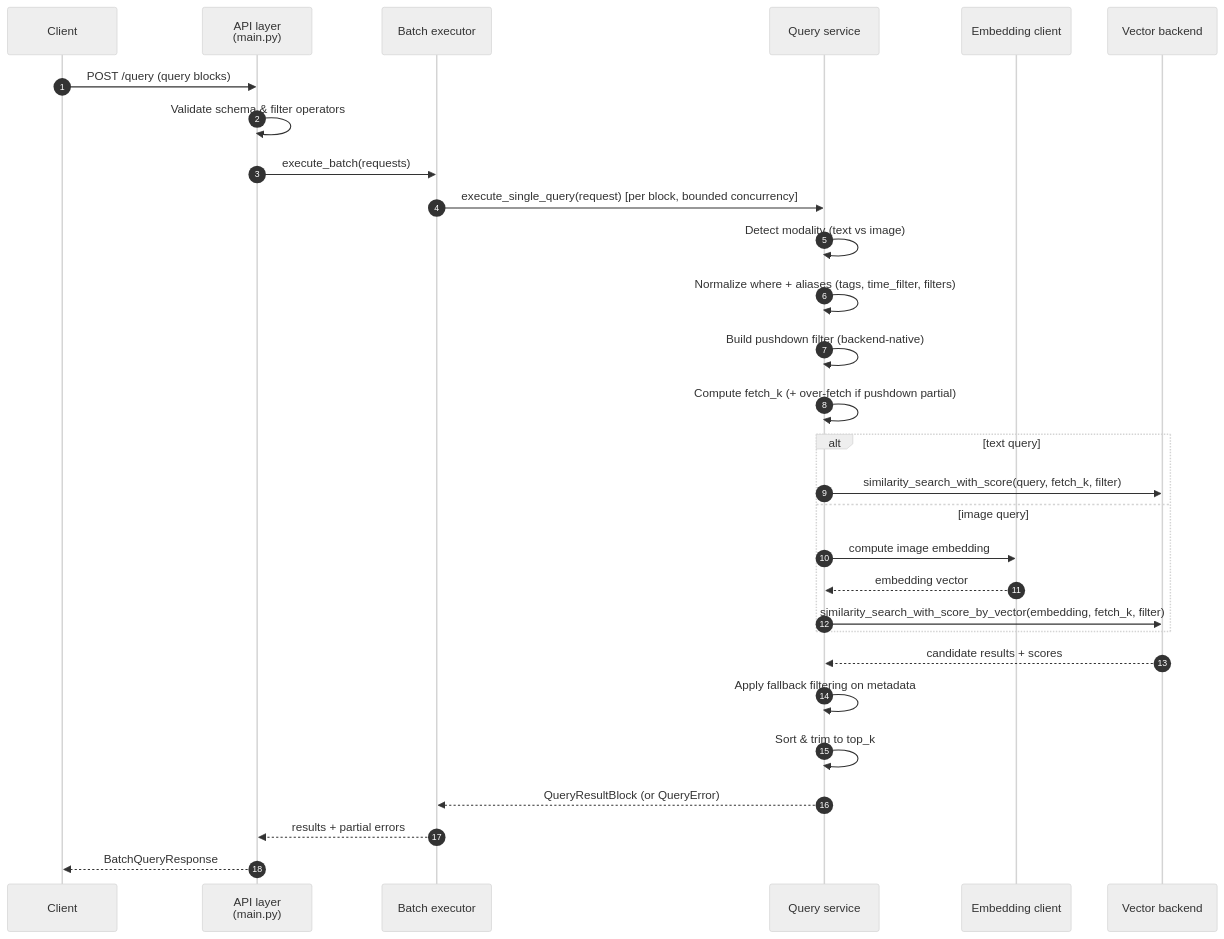
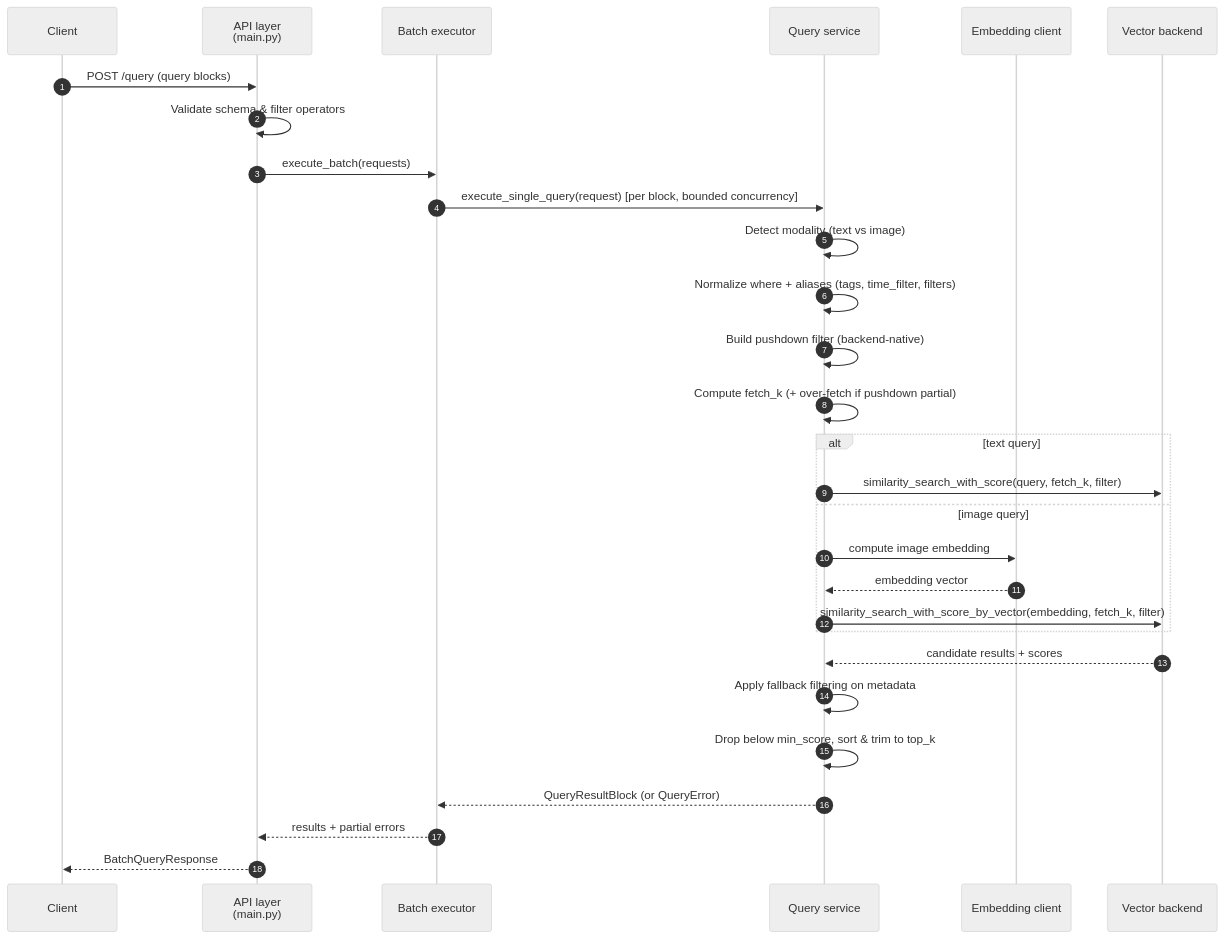
The second of 2 diagrams in microservices/vector-retriever/vector-retriever/docs/user-guide/how-it-works.md (open-edge-platform/edge-ai-libraries), drawn with Mermaid (neutral theme) before and after one commit. The commit also changed other lines of this file and 312 other files, not shown here.

````diff
--- a/microservices/vector-retriever/vector-retriever/docs/user-guide/how-it-works.md
+++ b/microservices/vector-retriever/vector-retriever/docs/user-guide/how-it-works.md
@@ -64,34 +64,34 @@
 ```mermaid
 sequenceDiagram
     autonumber
     participant Client
     participant API as API layer<br/>(main.py)
     participant Batch as Batch executor
     participant Service as Query service
     participant Embed as Embedding client
     participant Backend as Vector backend
 
     Client->>API: POST /query (query blocks)
     API->>API: Validate schema & filter operators
     API->>Batch: execute_batch(requests)
     Batch->>Service: execute_single_query(request) [per block, bounded concurrency]
     Service->>Service: Detect modality (text vs image)
     Service->>Service: Normalize where + aliases (tags, time_filter, filters)
     Service->>Service: Build pushdown filter (backend-native)
     Service->>Service: Compute fetch_k (+ over-fetch if pushdown partial)
 
     alt text query
         Service->>Backend: similarity_search_with_score(query, fetch_k, filter)
     else image query
         Service->>Embed: compute image embedding
         Embed-->>Service: embedding vector
         Service->>Backend: similarity_search_with_score_by_vector(embedding, fetch_k, filter)
     end
 
     Backend-->>Service: candidate results + scores
     Service->>Service: Apply fallback filtering on metadata
-    Service->>Service: Sort & trim to top_k
+    Service->>Service: Drop below min_score, sort & trim to top_k
     Service-->>Batch: QueryResultBlock (or QueryError)
     Batch-->>API: results + partial errors
     API-->>Client: BatchQueryResponse
 ```
````
